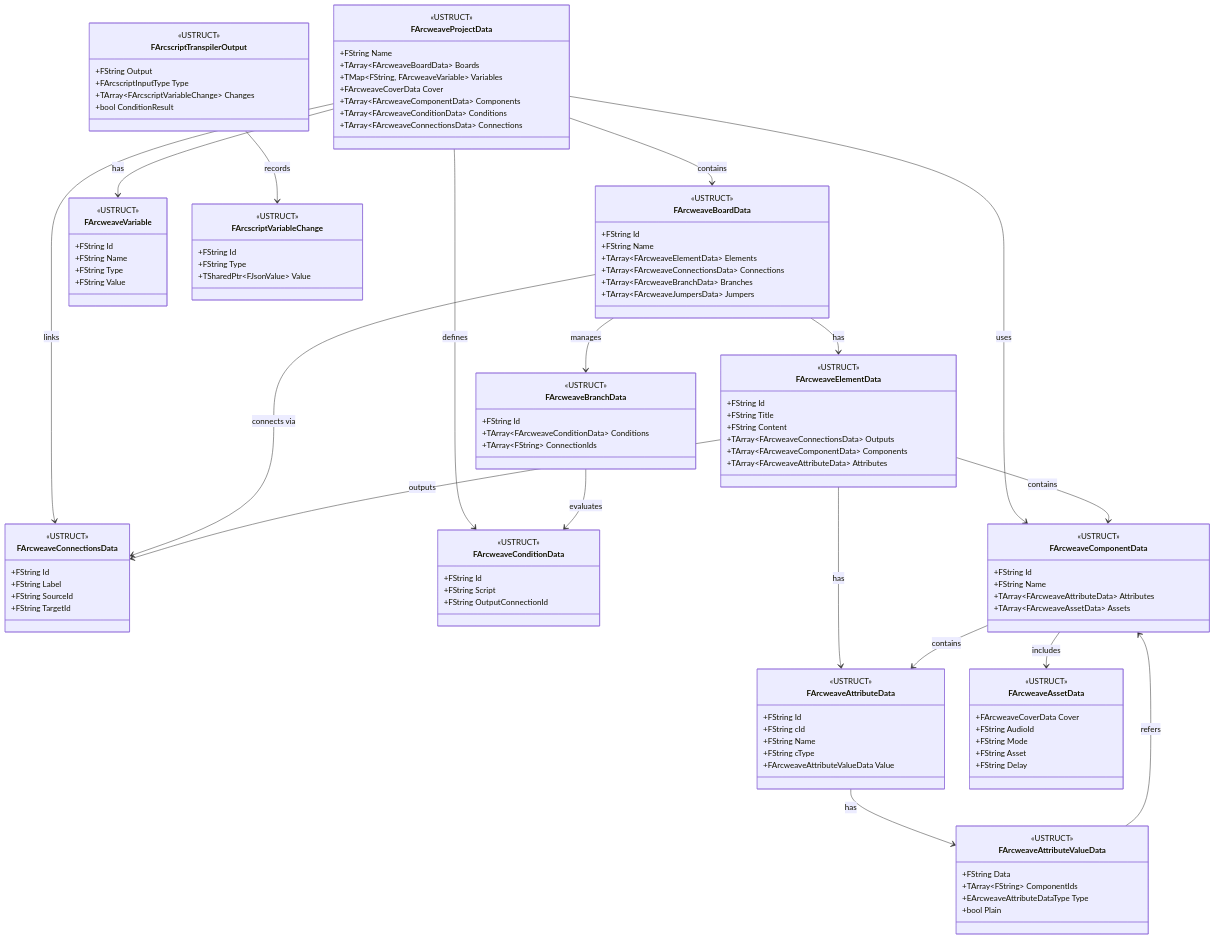
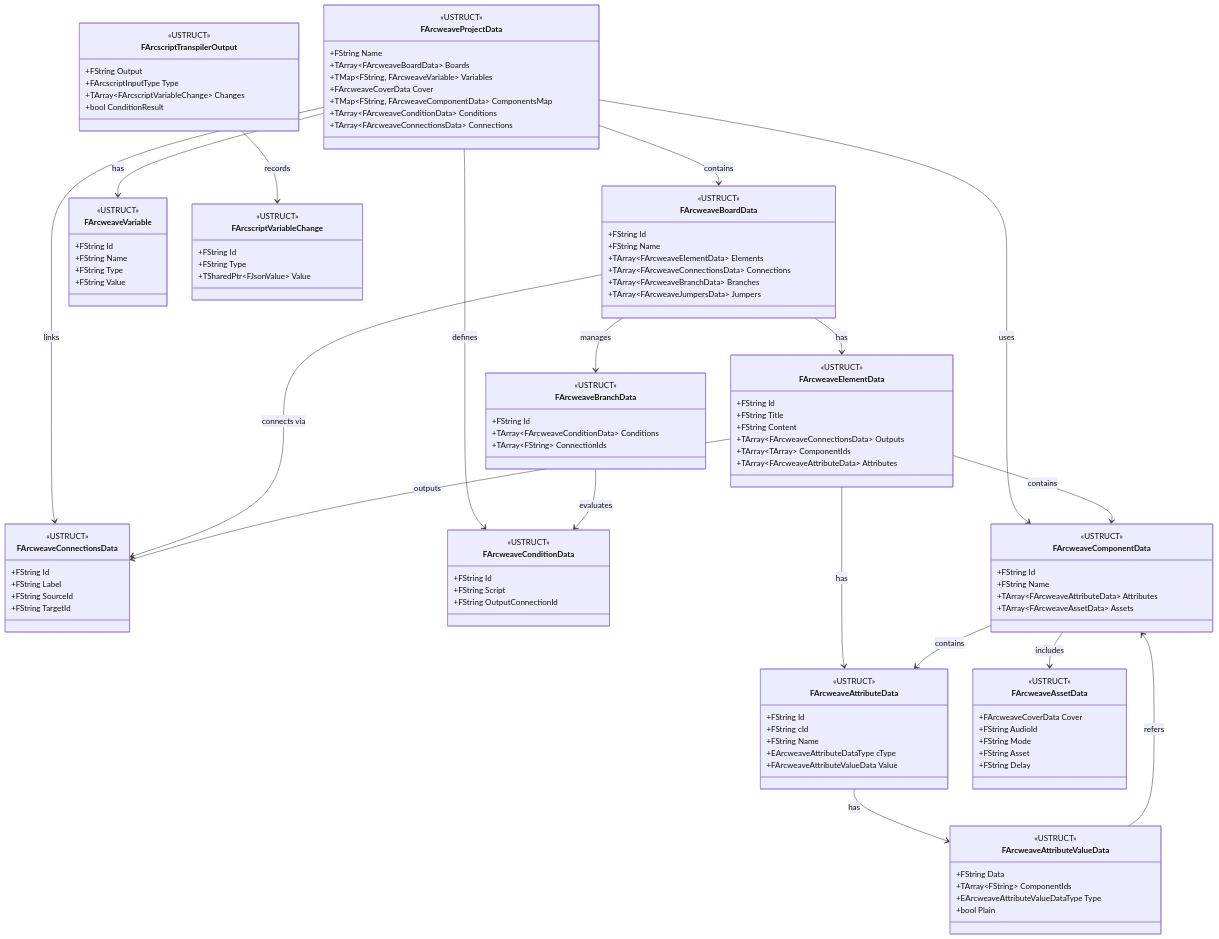
One commit to arcweave/arcweave-unreal-plugin changed the diagram in Docs/DataDiagramClassUML.md. Above: the diagram before and after it, drawn with Mermaid. The commit also changed 10 other files, not shown here.

First line of the commit message:
add arcweave attribute data type

```diff
--- a/Docs/DataDiagramClassUML.md
+++ b/Docs/DataDiagramClassUML.md
@@ -16,7 +16,7 @@
 
     +FArcweaveCoverData Cover
 
-    +TArray\~FArcweaveComponentData\~ Components
+    +TMap\~FString, FArcweaveComponentData\~ ComponentsMap
 
     +TArray\~FArcweaveConditionData\~ Conditions
 
@@ -54,7 +54,7 @@
 
     +TArray\~FArcweaveConnectionsData\~ Outputs
 
-    +TArray\~FArcweaveComponentData\~ Components
+    +TArray\~TArray<FString>\~ ComponentIds
 
     +TArray\~FArcweaveAttributeData\~ Attributes
 
@@ -150,7 +150,7 @@
 
     +FString Name
 
-    +FString cType
+    +EArcweaveAttributeDataType cType
 
     +FArcweaveAttributeValueData Value
 
@@ -192,7 +192,7 @@
 
     +TArray\~FString\~ ComponentIds
 
-    +EArcweaveAttributeDataType Type
+    +EArcweaveAttributeValueDataType Type
 
     +bool Plain
 
```
